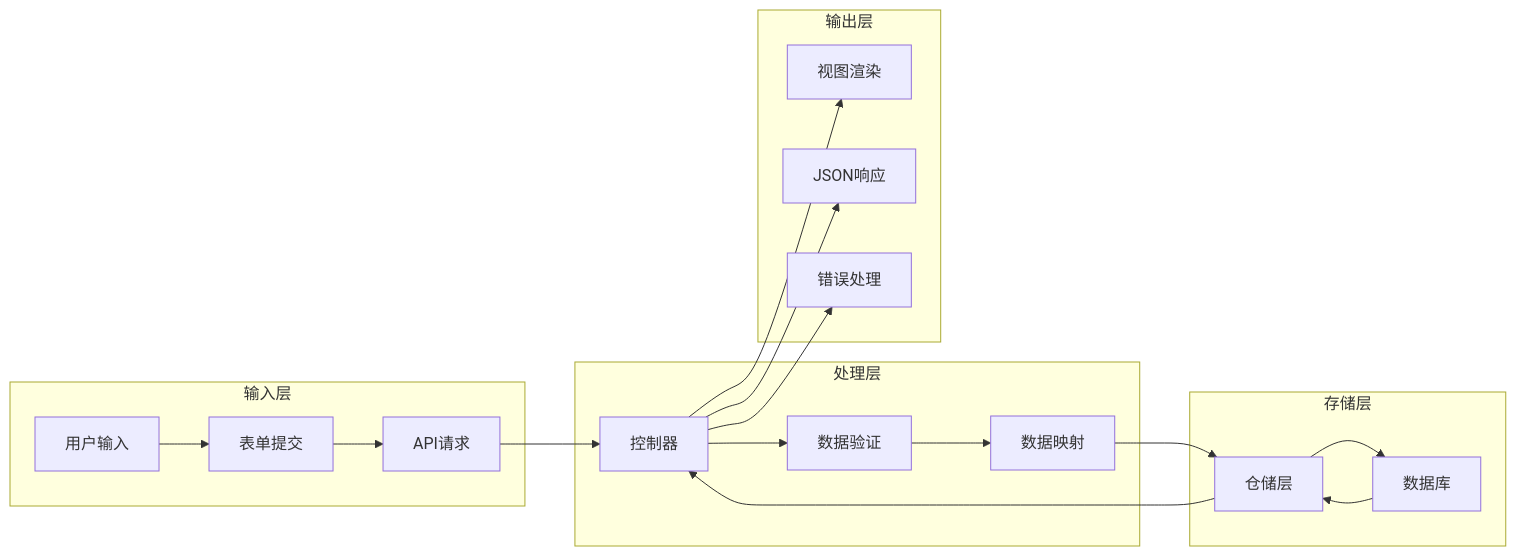
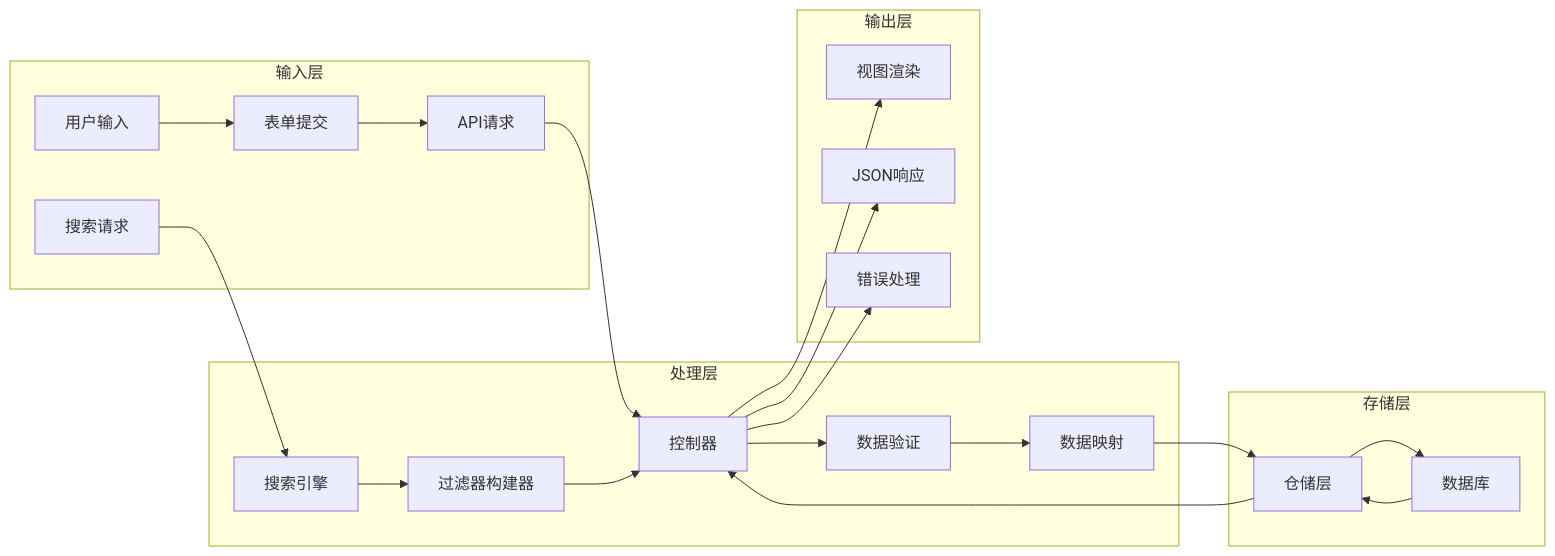
One commit to Sosososolong/AirGo changed diagram 12 of 13 in .qoder/repowiki/zh/content/VDS字段配置系统.md. Above: the diagram before and after it, drawn with Mermaid. The commit also changed other lines of this file and 4 other files, not shown here.

````diff
--- a/.qoder/repowiki/zh/content/VDS字段配置系统.md
+++ b/.qoder/repowiki/zh/content/VDS字段配置系统.md
@@ -402,34 +523,40 @@
 ```mermaid
 flowchart LR
 subgraph "输入层"
 User[用户输入]
 Form[表单提交]
 APIReq[API请求]
+SearchReq[搜索请求]
 end
 subgraph "处理层"
 Controller[控制器]
 Validator[数据验证]
 Mapper[数据映射]
+SearchEngine[搜索引擎]
+FilterBuilder[过滤器构建器]
 end
 subgraph "存储层"
 Repository[仓储层]
 Database[数据库]
 end
 subgraph "输出层"
 View[视图渲染]
 JsonResponse[JSON响应]
 Error[错误处理]
 end
 User --> Form
 Form --> APIReq
 APIReq --> Controller
+SearchReq --> SearchEngine
+SearchEngine --> FilterBuilder
+FilterBuilder --> Controller
 Controller --> Validator
 Validator --> Mapper
 Mapper --> Repository
 Repository --> Database
 Database --> Repository
 Repository --> Controller
 Controller --> View
 Controller --> JsonResponse
 Controller --> Error
 ```
````
